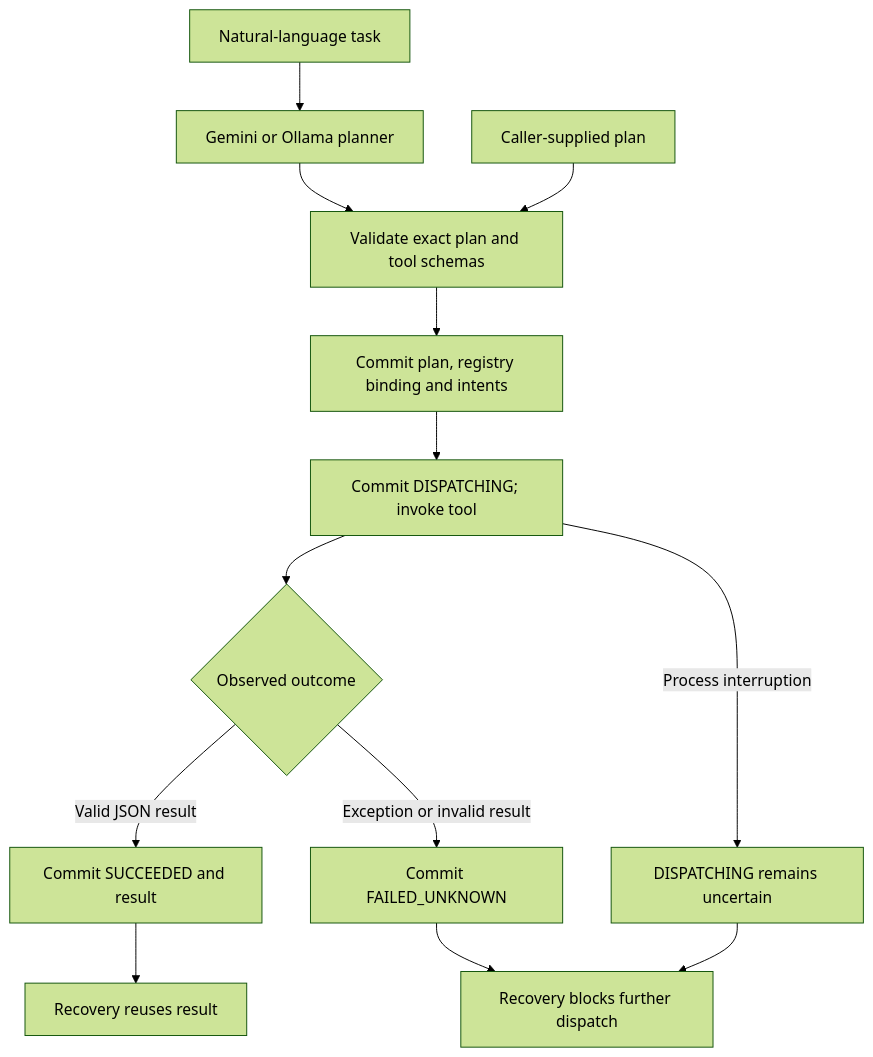
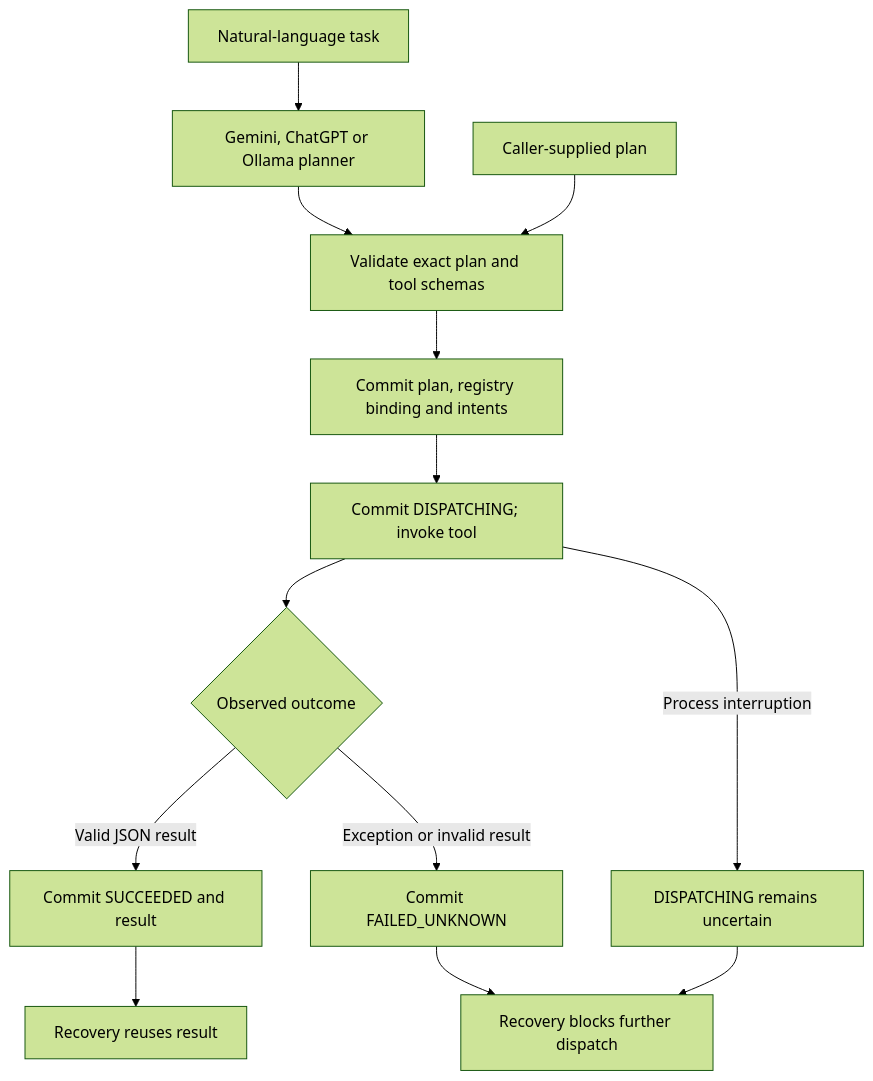
The diagram in README.md (axiom-llc/axiom-apex), drawn with Mermaid (forest theme) before and after one commit. The commit also changed other lines of this file and 5 other files, not shown here.

````diff
--- a/README.md
+++ b/README.md
@@ -112,15 +112,15 @@
 ```mermaid
 flowchart TD
-    Task["Natural-language task"] --> Planner["Gemini or Ollama planner"]
+    Task["Natural-language task"] --> Planner["Gemini, ChatGPT or Ollama planner"]
     Planner --> Validate["Validate exact plan and tool schemas"]
     Plan["Caller-supplied plan"] --> Validate
     Validate --> Ledger["Commit plan, registry binding and intents"]
     Ledger --> Dispatch["Commit DISPATCHING; invoke tool"]
     Dispatch --> Outcome{"Observed outcome"}
     Outcome -->|"Valid JSON result"| Success["Commit SUCCEEDED and result"]
     Outcome -->|"Exception or invalid result"| Unknown["Commit FAILED_UNKNOWN"]
     Dispatch -->|"Process interruption"| Pending["DISPATCHING remains uncertain"]
     Success --> Recover["Recovery reuses result"]
     Unknown --> Block["Recovery blocks further dispatch"]
     Pending --> Block
 ```
````
